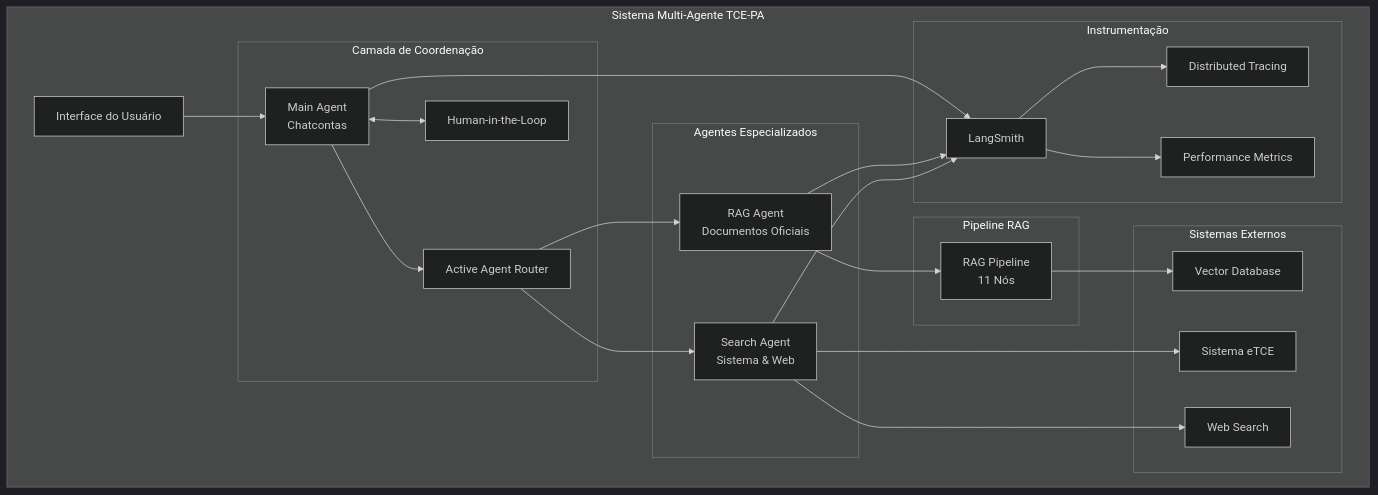
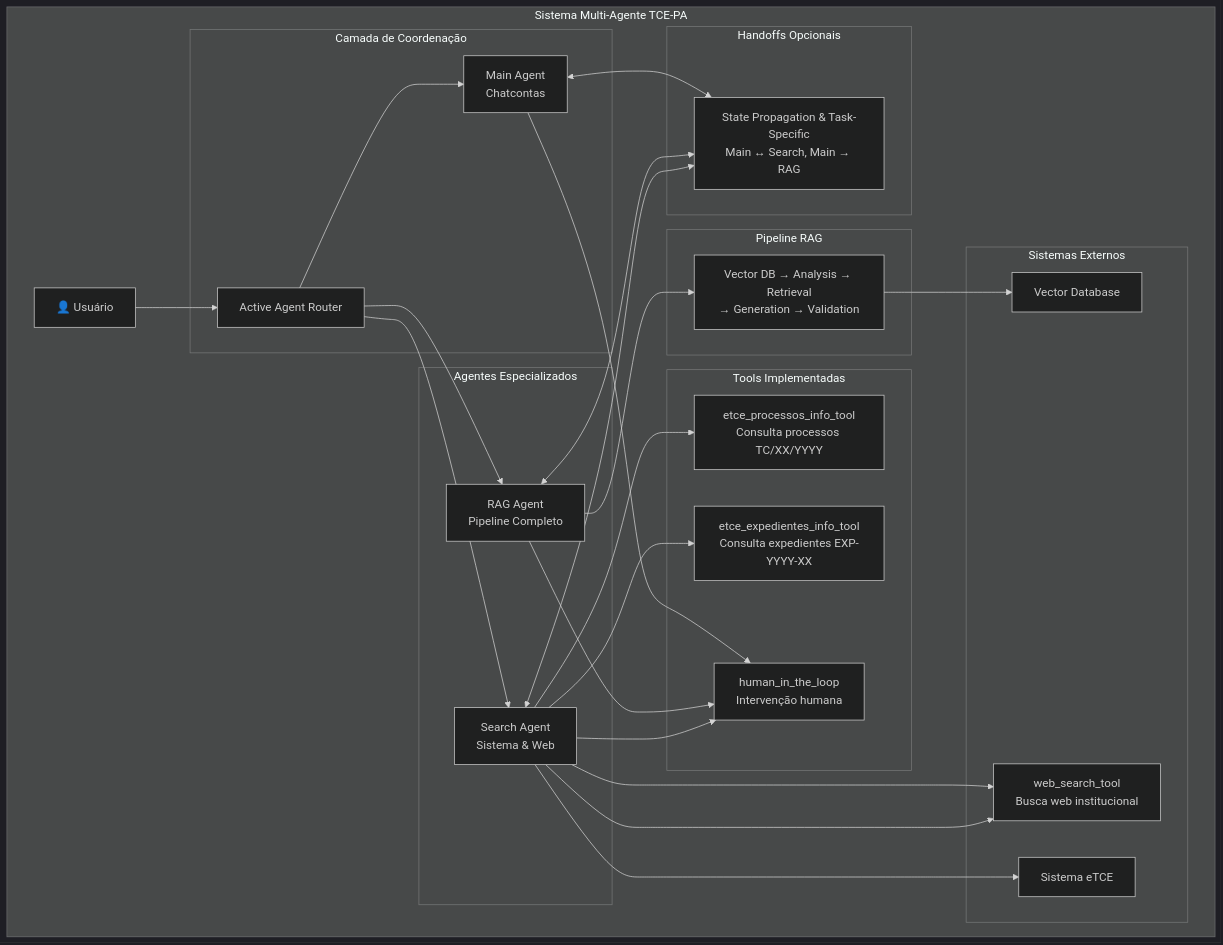
The first of 18 diagrams in docs/tce_swarm/ARCHITECTURE_COMPLETE.md (jgabriellima/coagent01-graph), drawn with Mermaid (dark theme) before and after one commit. The commit also changed other lines of this file and 13 other files, not shown here.

First line of the commit message:
feat: Update TCE-PA architecture and documentation

````diff
--- a/docs/tce_swarm/ARCHITECTURE_COMPLETE.md
+++ b/docs/tce_swarm/ARCHITECTURE_COMPLETE.md
@@ -52,52 +136,59 @@
 ```mermaid
 graph TB
     subgraph "Sistema Multi-Agente TCE-PA"
-        UI[Interface do Usuário]
+        USER[👤 Usuário]
         
         subgraph "Camada de Coordenação"
+            ROUTER[Active Agent Router]
             MAIN[Main Agent<br/>Chatcontas]
-            ROUTER[Active Agent Router]
-            HITL[Human-in-the-Loop]
         end
         
         subgraph "Agentes Especializados"
-            RAG[RAG Agent<br/>Documentos Oficiais]
+            RAG[RAG Agent<br/>Pipeline Completo]
             SEARCH[Search Agent<br/>Sistema & Web]
         end
         
         subgraph "Pipeline RAG"
-            RAGP[RAG Pipeline<br/>11 Nós]
+            RAGP[Vector DB → Analysis → Retrieval<br/>→ Generation → Validation]
         end
         
         subgraph "Sistemas Externos"
             ETCE[Sistema eTCE]
-            WEB[Web Search]
+            WEB[Web Search] 
             VDB[Vector Database]
         end
         
-        subgraph "Instrumentação"
-            LS[LangSmith]
-            TRACES[Distributed Tracing]
-            METRICS[Performance Metrics]
+        subgraph "Tools Implementadas"
+            HITL[human_in_the_loop<br/>Intervenção humana]
+            ETCE_PROC[etce_processos_info_tool<br/>Consulta processos TC/XX/YYYY]
+            ETCE_EXP[etce_expedientes_info_tool<br/>Consulta expedientes EXP-YYYY-XX]
+            WEB[web_search_tool<br/>Busca web institucional]
+        end
+        
+        subgraph "Handoffs Opcionais"
+            HANDOFFS[State Propagation & Task-Specific<br/>Main ↔ Search, Main → RAG]
         end
     end
     
-    UI --> MAIN
-    MAIN --> ROUTER
-    ROUTER --> RAG
+    USER --> ROUTER
+    ROUTER --> MAIN
+    ROUTER --> RAG  
     ROUTER --> SEARCH
-    MAIN <--> HITL
+    
+    MAIN <--> HANDOFFS
+    RAG <--> HANDOFFS
+    SEARCH <--> HANDOFFS
     
     RAG --> RAGP
     RAGP --> VDB
     
+    SEARCH --> ETCE_PROC
+    SEARCH --> ETCE_EXP
+    SEARCH --> WEB
     SEARCH --> ETCE
     SEARCH --> WEB
     
-    MAIN --> LS
-    RAG --> LS
-    SEARCH --> LS
-    
-    LS --> TRACES
-    LS --> METRICS
+    MAIN --> HITL
+    RAG --> HITL
+    SEARCH --> HITL
 ```
````
